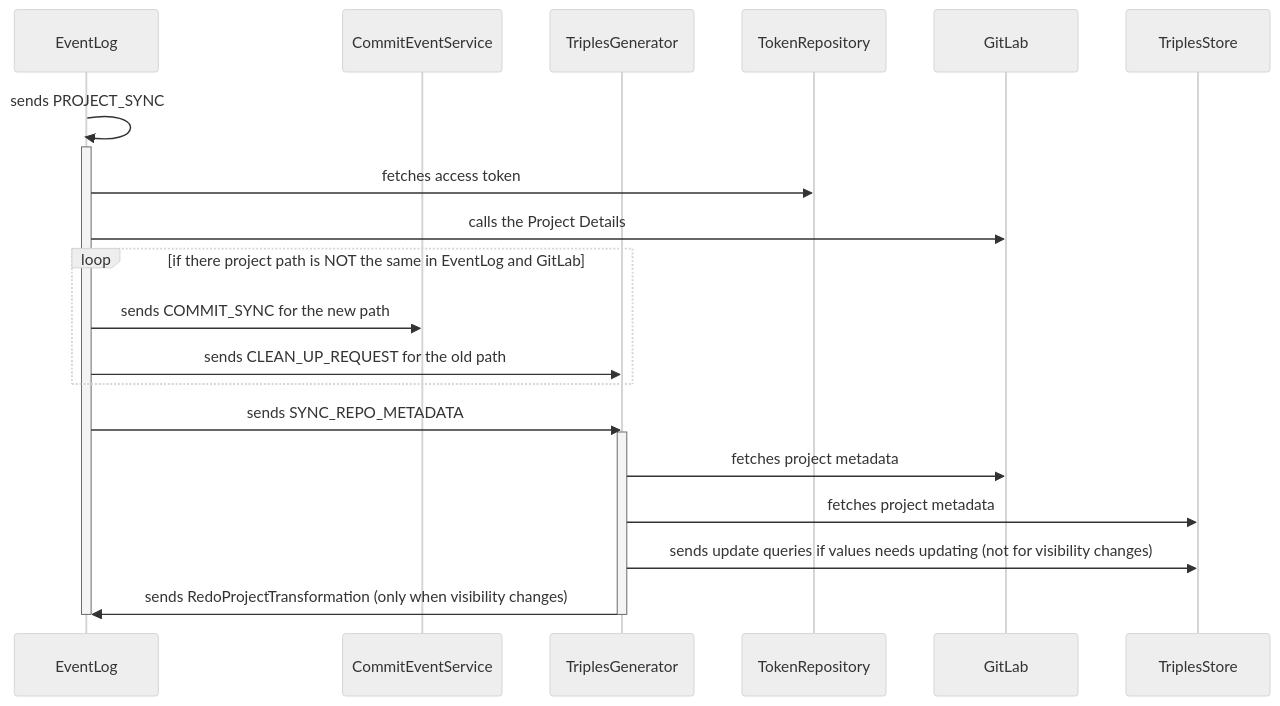
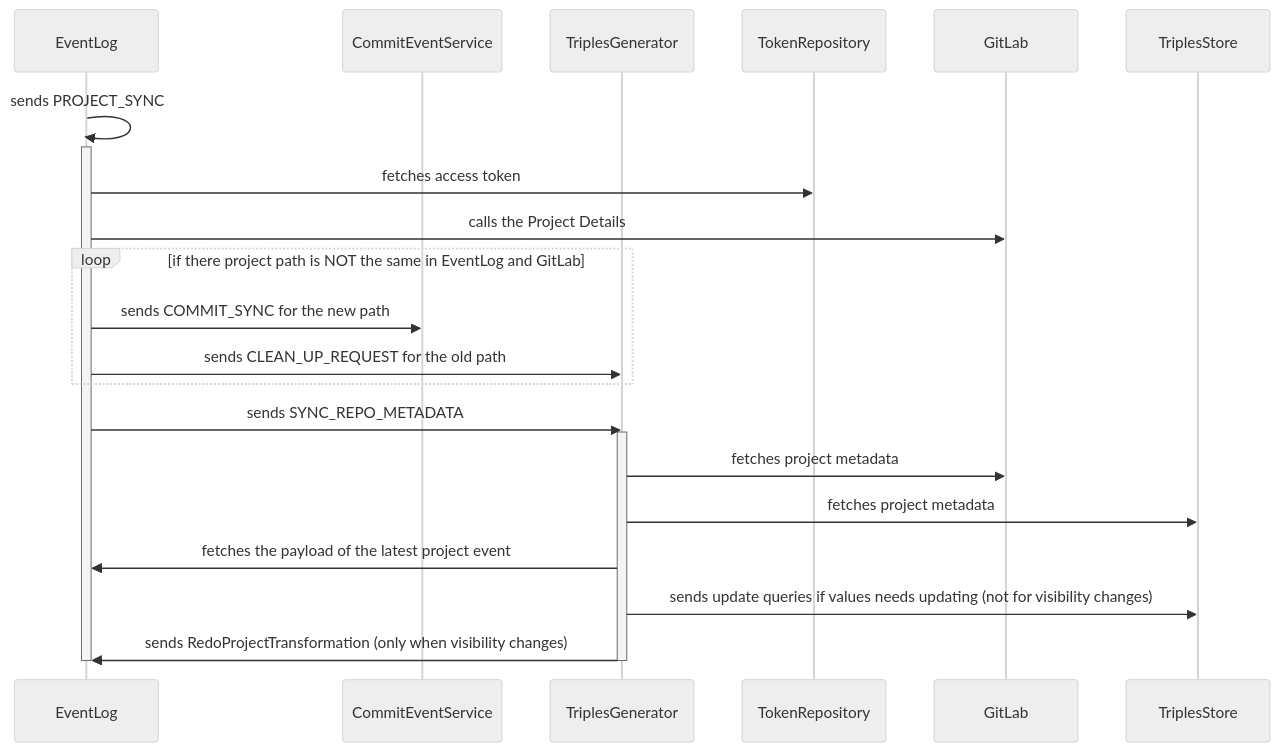
One commit to SwissDataScienceCenter/renku-graph changed the ninth of 10 diagrams in README.md. Above: the diagram before and after it, drawn with Mermaid (neutral theme). The commit also changed 23 other files, not shown here.

Commit message:
feat: SYNC_REPO_METADATA not to carry latest event payload

````diff
--- a/README.md
+++ b/README.md
@@ -329,26 +329,27 @@
 ```mermaid
 sequenceDiagram
     participant EventLog
     participant CommitEventService
     participant TriplesGenerator
     participant TokenRepository
     participant GitLab
     participant TriplesStore
 
     EventLog ->> EventLog: sends PROJECT_SYNC
     activate EventLog
       EventLog ->> TokenRepository: fetches access token
       EventLog ->> GitLab: calls the Project Details
       loop if there project path is NOT the same in EventLog and GitLab
         EventLog ->> CommitEventService: sends COMMIT_SYNC for the new path
         EventLog ->> TriplesGenerator: sends CLEAN_UP_REQUEST for the old path
       end
       EventLog ->> TriplesGenerator: sends SYNC_REPO_METADATA
       activate TriplesGenerator
         TriplesGenerator ->> GitLab: fetches project metadata
         TriplesGenerator ->> TriplesStore: fetches project metadata
+        TriplesGenerator ->> EventLog: fetches the payload of the latest project event
         TriplesGenerator ->> TriplesStore: sends update queries if values needs updating (not for visibility changes)
         TriplesGenerator ->> EventLog: sends RedoProjectTransformation (only when visibility changes)
       deactivate TriplesGenerator
     deactivate EventLog    
 ```
````
